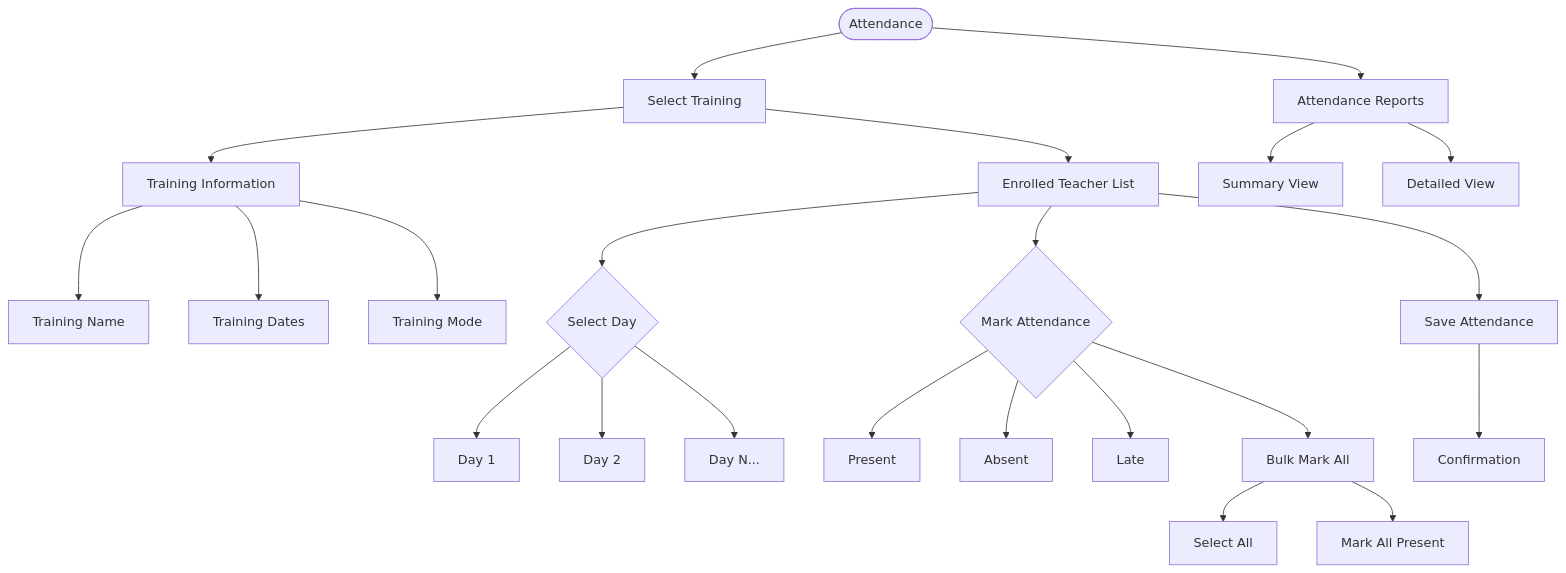
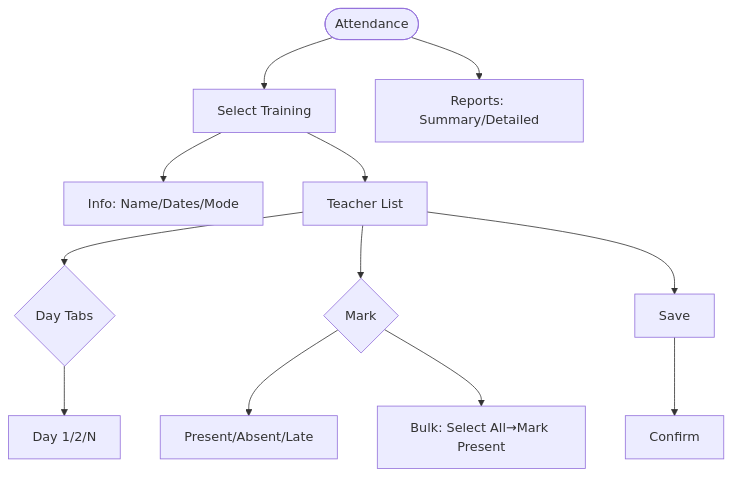
Before and after one commit to gunjangupta-gh/placeintern: the ninth of 49 diagrams in TRAINING_CALENDAR_FLOW_DIAGRAMS.md, drawn with Mermaid. The commit also changed other lines of this file and 6 other files, not shown here.

````diff
--- a/TRAINING_CALENDAR_FLOW_DIAGRAMS.md
+++ b/TRAINING_CALENDAR_FLOW_DIAGRAMS.md
@@ -362,32 +162,11 @@
 ```mermaid
 flowchart TD
-    ATTEND([Attendance]) --> SELECT[Select Training]
-
-    SELECT --> TRAINING_INFO[Training Information]
-    TRAINING_INFO --> NAME[Training Name]
-    TRAINING_INFO --> DATES[Training Dates]
-    TRAINING_INFO --> MODE[Training Mode]
-
-    SELECT --> TEACHER_LIST[Enrolled Teacher List]
-
-    TEACHER_LIST --> DAY_TABS{Select Day}
-    DAY_TABS --> DAY1[Day 1]
-    DAY_TABS --> DAY2[Day 2]
-    DAY_TABS --> DAYN[Day N...]
-
-    TEACHER_LIST --> MARK{Mark Attendance}
-    MARK --> PRESENT[Present]
-    MARK --> ABSENT[Absent]
-    MARK --> LATE[Late]
-
-    MARK --> BULK_MARK[Bulk Mark All]
-    BULK_MARK --> SELECT_ALL[Select All]
-    BULK_MARK --> MARK_PRESENT[Mark All Present]
-
-    TEACHER_LIST --> SAVE[Save Attendance]
-    SAVE --> CONFIRM[Confirmation]
-
-    ATTEND --> REPORTS[Attendance Reports]
-    REPORTS --> SUMMARY[Summary View]
-    REPORTS --> DETAILED[Detailed View]
+    A([Attendance])-->B[Select Training]-->C[Info: Name/Dates/Mode]
+    B-->D[Teacher List]-->E{Day Tabs}
+    E-->F[Day 1/2/N]
+    D-->G{Mark}
+    G-->H[Present/Absent/Late]
+    G-->I[Bulk: Select All→Mark Present]
+    D-->J[Save]-->K[Confirm]
+    A-->L[Reports: Summary/Detailed]
 ```
````
